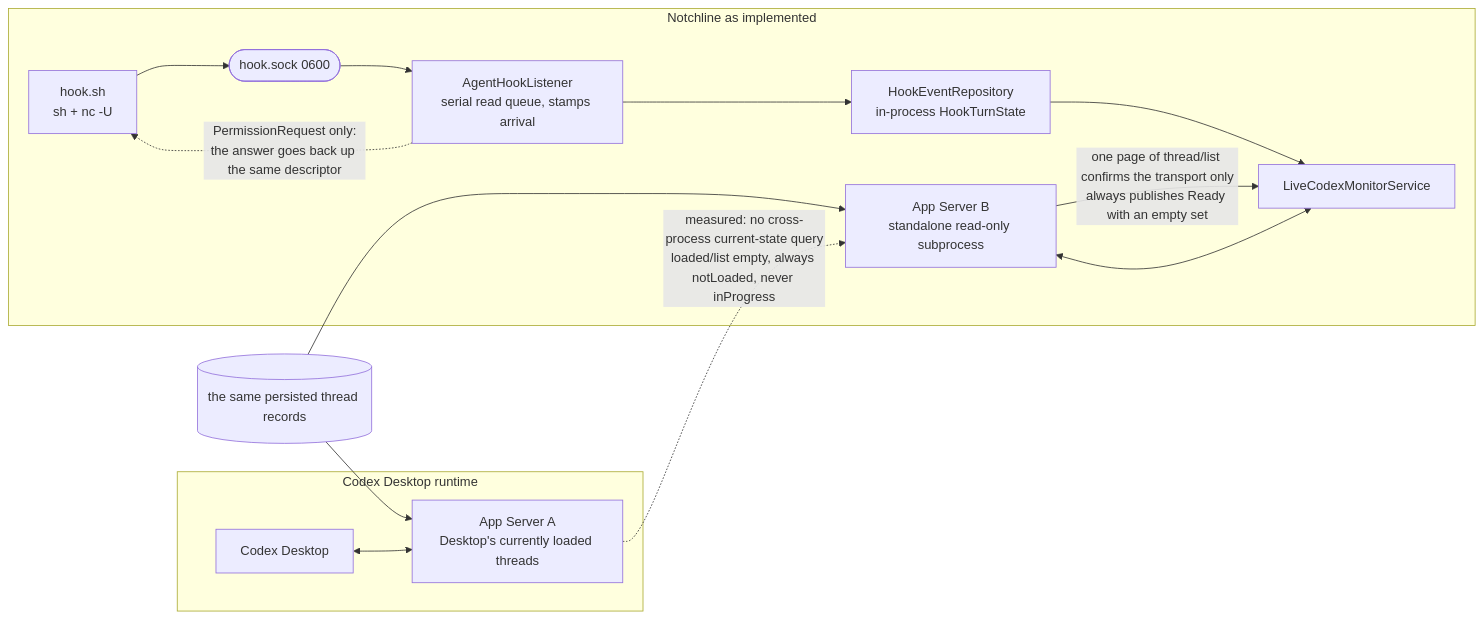
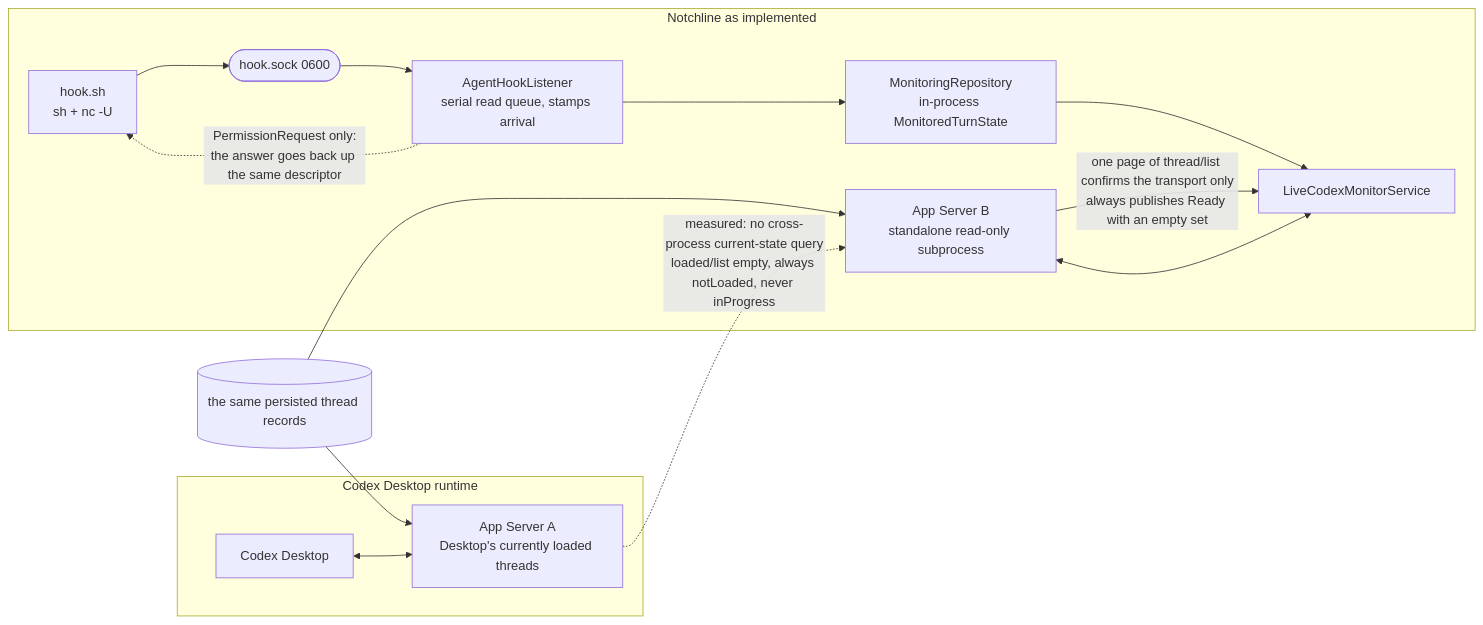
Before and after one commit to soondubu137/notchline: the third of 6 diagrams in docs/system-architecture.md, drawn with Mermaid. The commit also changed other lines of this file and 20 other files, not shown here.

````diff
--- a/docs/system-architecture.md
+++ b/docs/system-architecture.md
@@ -262,20 +278,20 @@
 ```mermaid
 flowchart LR
     subgraph desktopRuntime ["Codex Desktop runtime"]
         desktop["Codex Desktop"] <--> desktopServer["App Server A\nDesktop's currently loaded threads"]
     end
 
     subgraph notchRuntime ["Notchline as implemented"]
         notch["LiveCodexMonitorService"] <--> notchServer["App Server B\nstandalone read-only subprocess"]
         helper["hook.sh\nsh + nc -U"] --> socket(["hook.sock 0600"])
         socket --> listener["AgentHookListener\nserial read queue, stamps arrival"]
         listener -.->|"PermissionRequest only:\nthe answer goes back up the same descriptor"| helper
-        listener --> liveReducer["HookEventRepository\nin-process HookTurnState"]
+        listener --> liveReducer["MonitoringRepository\nin-process MonitoredTurnState"]
         liveReducer --> notch
     end
 
     store[("the same persisted thread records")] --> desktopServer
     store --> notchServer
     desktopServer -.->|"measured: no cross-process current-state query\nloaded/list empty, always notLoaded, never inProgress"| notchServer
     notchServer -->|"one page of thread/list confirms the transport only\nalways publishes Ready with an empty set"| notch
 ```
````
